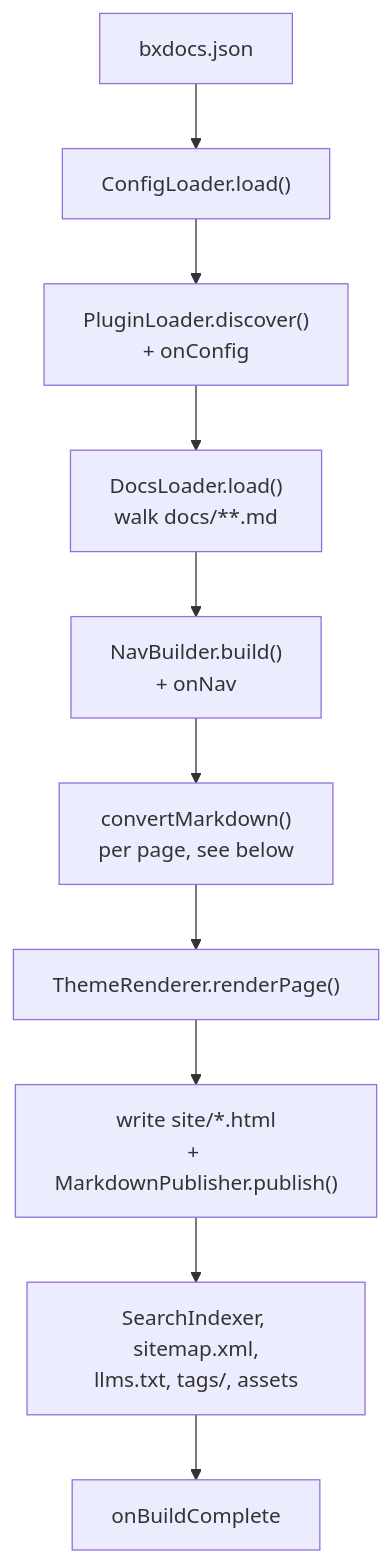
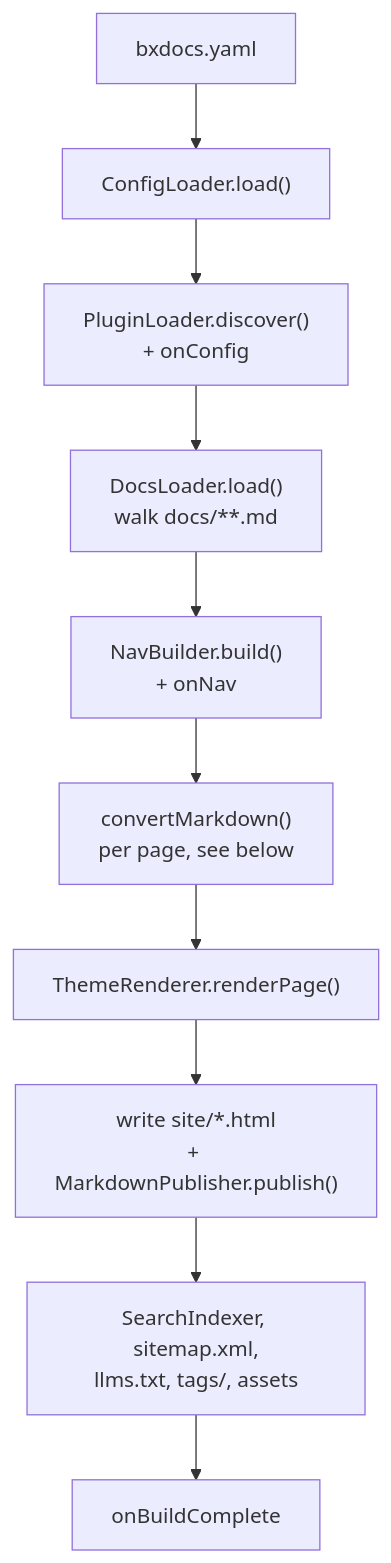
Before and after one commit to ortus-boxlang/bx-sites: the first of 2 diagrams in MODULE_SPEC.md, drawn with Mermaid. The commit also changed other lines of this file and 20 other files, not shown here.

First line of the commit message:
Default site config to bxdocs.yaml, keeping bxdocs.json fully supported

````diff
--- a/MODULE_SPEC.md
+++ b/MODULE_SPEC.md
@@ -68,12 +69,12 @@
 ```mermaid
 flowchart TD
-    A["bxdocs.json"] --> B["ConfigLoader.load()"]
+    A["bxdocs.yaml"] --> B["ConfigLoader.load()"]
     B --> C["PluginLoader.discover()\n+ onConfig"]
     C --> D["DocsLoader.load()\nwalk docs/**.md"]
     D --> E["NavBuilder.build()\n+ onNav"]
     E --> F["convertMarkdown()\nper page, see below"]
     F --> G["ThemeRenderer.renderPage()"]
     G --> H["write site/*.html\n+ MarkdownPublisher.publish()"]
     H --> I["SearchIndexer, sitemap.xml,\nllms.txt, tags/, assets"]
     I --> J["onBuildComplete"]
 ```
````
